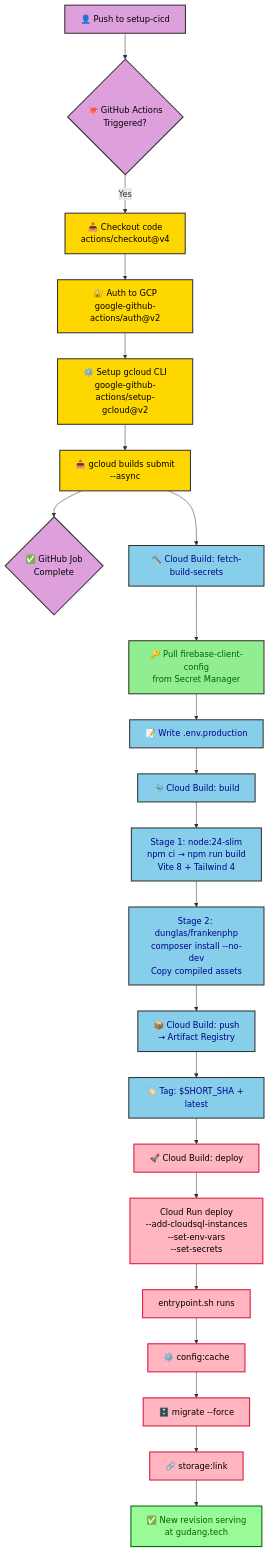
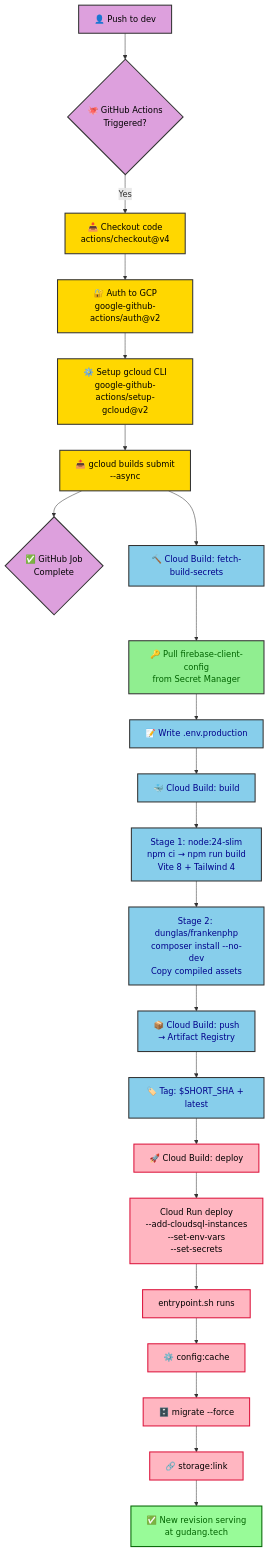
One commit to titorpw/Manajemen-Gudang-Cloud changed the second of 3 diagrams in docs/cicd-pipeline.md. Above: the diagram before and after it, drawn with Mermaid. The commit also changed other lines of this file and 1 other file, not shown here.

Commit message:
fix: mermaid docs

````diff
--- a/docs/cicd-pipeline.md
+++ b/docs/cicd-pipeline.md
@@ -50,43 +50,43 @@
 ```mermaid
 flowchart TD
-    A[👤 Push to setup-cicd] --> B{🐙 GitHub Actions<br/>Triggered?}
+    A[👤 Push to dev] --> B{🐙 GitHub Actions<br/>Triggered?}
     B -->|Yes| C[📥 Checkout code<br/>actions/checkout@v4]
     C --> D[🔐 Auth to GCP<br/>google-github-actions/auth@v2]
     D --> E[⚙️ Setup gcloud CLI<br/>google-github-actions/setup-gcloud@v2]
     E --> F[📤 gcloud builds submit<br/>--async]
     F --> G{✅ GitHub Job<br/>Complete}
 
     F --> H[🔨 Cloud Build: fetch-build-secrets]
     H --> I[🔑 Pull firebase-client-config<br/>from Secret Manager]
     I --> J[📝 Write .env.production]
 
     J --> K[🐳 Cloud Build: build]
     K --> L[Stage 1: node:24-slim<br/>npm ci → npm run build<br/>Vite 8 + Tailwind 4]
     L --> M[Stage 2: dunglas/frankenphp<br/>composer install --no-dev<br/>Copy compiled assets]
 
     M --> N[📦 Cloud Build: push<br/>→ Artifact Registry]
     N --> O[🏷️ Tag: $SHORT_SHA + latest]
 
     O --> P[🚀 Cloud Build: deploy]
     P --> Q[Cloud Run deploy<br/>--add-cloudsql-instances<br/>--set-env-vars<br/>--set-secrets]
     Q --> R[entrypoint.sh runs]
 
     R --> S[⚙️ config:cache]
     S --> T[🗄️ migrate --force]
     T --> U[🔗 storage:link]
     U --> V[✅ New revision serving<br/>at gudang.tech]
 
     classDef trigger fill:#DDA0DD,stroke:#333,stroke-width:2px,color:black
     classDef gha fill:#FFD700,stroke:#333,stroke-width:2px,color:black
     classDef build fill:#87CEEB,stroke:#333,stroke-width:2px,color:darkblue
     classDef secrets fill:#90EE90,stroke:#333,stroke-width:2px,color:darkgreen
     classDef deploy fill:#FFB6C1,stroke:#DC143C,stroke-width:2px,color:black
     classDef done fill:#98FB98,stroke:#006400,stroke-width:2px,color:darkgreen
 
     class A,B,G trigger
     class C,D,E,F gha
     class H,J,K,L,M,N,O build
     class I secrets
     class P,Q,R,S,T,U deploy
     class V done
 ```
````
